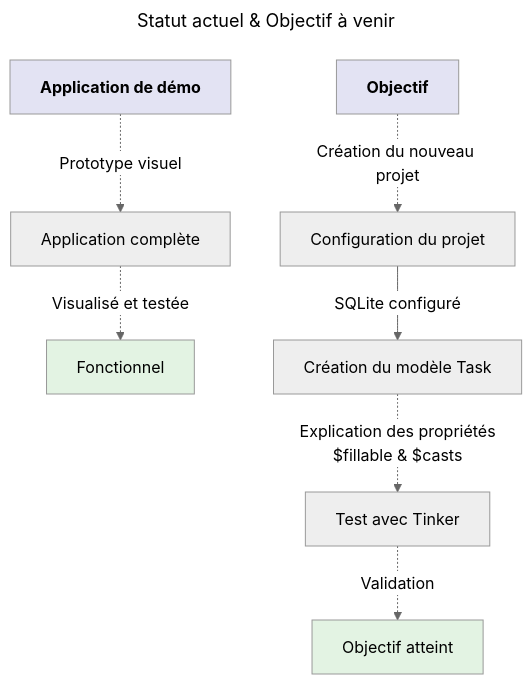
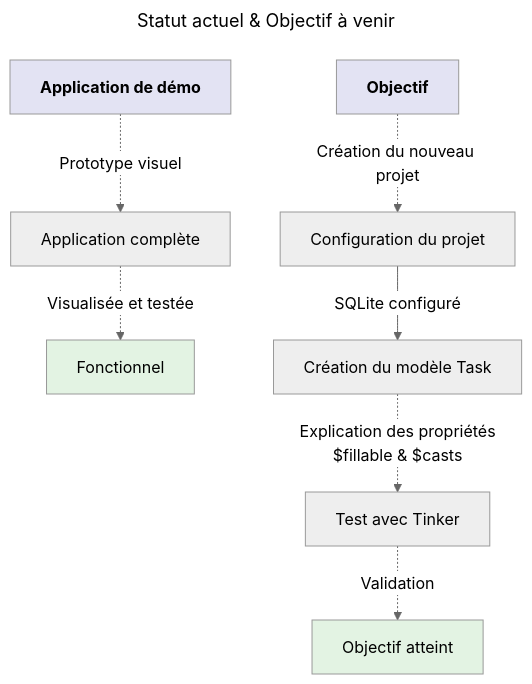
The first of 6 diagrams in docs/dev-cloud/stacks/tall/todolist/fondations.mdx (zyrass/omnyforge), drawn with Mermaid before and after one commit. The commit also changed other lines of this file, not shown here.

````diff
--- a/docs/dev-cloud/stacks/tall/todolist/fondations.mdx
+++ b/docs/dev-cloud/stacks/tall/todolist/fondations.mdx
@@ -10,15 +10,15 @@
 ```mermaid
 ---
 title: Statut actuel & Objectif à venir
 config:
     theme: 'neutral'
 ---
 graph TB
-    A[<b>Application de démo</b>] -.-> |Prototype visuel| B["Application complète"] -.->|Visualisé et testée| Fonctionnel
+    A[<b>Application de démo</b>] -.-> |Prototype visuel| B["Application complète"] -.->|Visualisée et testée| Fonctionnel
     C[<b>Objectif</b>] -.->|Création du nouveau projet| D[Configuration du projet] --> |SQLite configuré| E[Création du modèle Task] -.->|Explication des propriétés<br />$fillable & $casts| F[Test avec Tinker] -.->|Validation| G[Objectif atteint]
 
     style A fill:#e3e3f3
     style Fonctionnel fill:#e3f3e3
     style C fill:#e3e3f3
     style G fill:#e3f3e3
 ```
````
